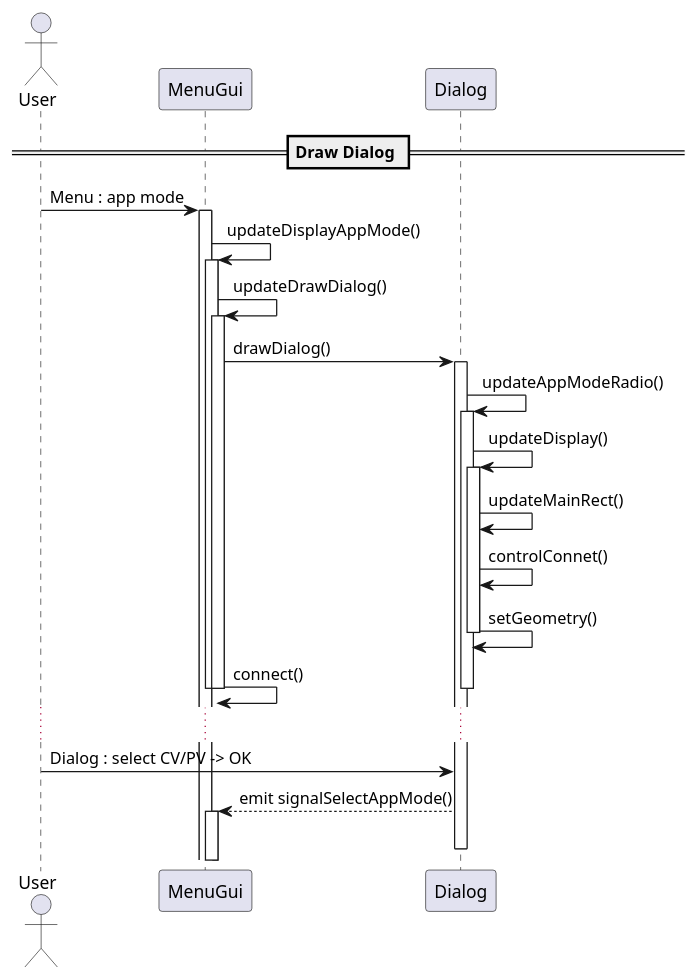
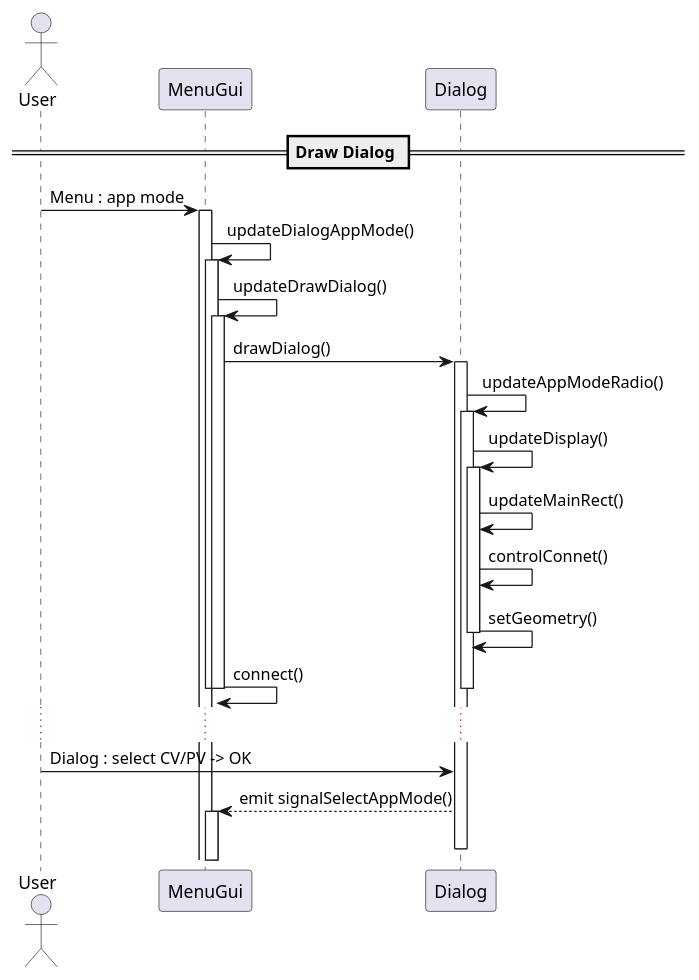
Before and after one commit to rlarudgh1997/Application: the diagram in Diagram/016_Dialog/SequenceDiagram_Dialog.plantuml, drawn with PlantUML. The commit also changed 12 other files, not shown here.

```diff
--- a/Diagram/016_Dialog/SequenceDiagram_Dialog.plantuml
+++ b/Diagram/016_Dialog/SequenceDiagram_Dialog.plantuml
@@ -1,51 +1,51 @@
 @startuml
 
 == Draw Dialog ==
 
 actor User order 1
 
 
 participant MenuGui order 10
 participant Dialog order 50
 
 User -> MenuGui: Menu : app mode
 
 
 activate MenuGui
-    MenuGui -> MenuGui : updateDisplayAppMode()
+    MenuGui -> MenuGui : updateDialogAppMode()
     activate MenuGui
         MenuGui -> MenuGui : updateDrawDialog()
         activate MenuGui
 
         MenuGui -> Dialog : drawDialog()
         activate Dialog
             Dialog -> Dialog : updateAppModeRadio()
             activate Dialog
                 Dialog -> Dialog : updateDisplay()
                 activate Dialog
                     Dialog -> Dialog : updateMainRect()
                     Dialog -> Dialog : controlConnet()
                     Dialog -> Dialog : setGeometry()
                 deactivate Dialog
         MenuGui -> MenuGui : connect()
         deactivate MenuGui
 '     deactivate MenuGui
 
 deactivate Dialog
 deactivate MenuGui
 
 
 ...
 User -> Dialog : Dialog : select CV/PV -> OK
 
 
 
 MenuGui <-- Dialog : emit signalSelectAppMode()
 activate MenuGui
 
 deactivate Dialog
 
 
 
 
 @enduml
```
